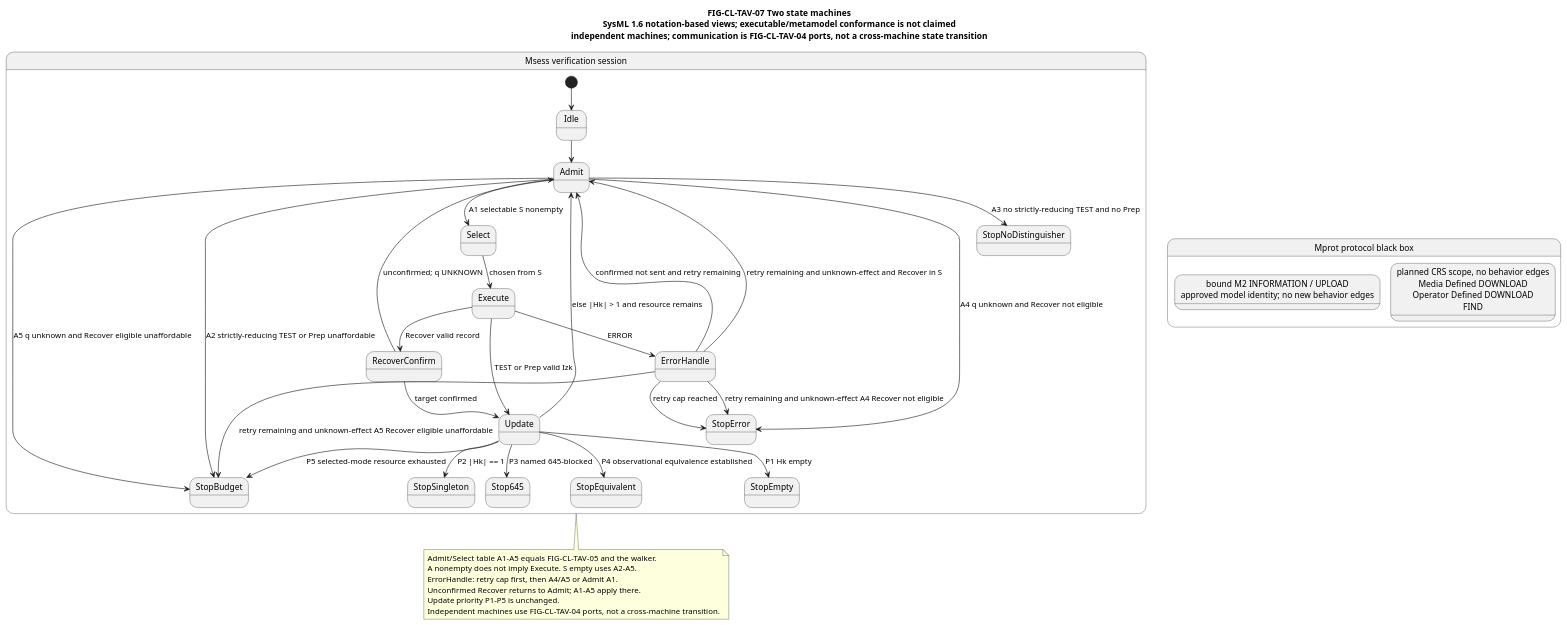
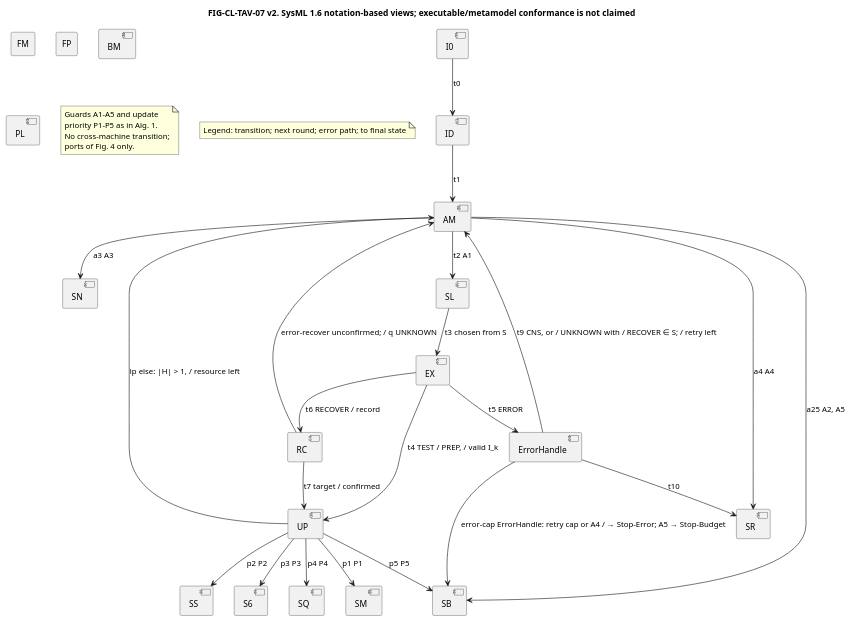
One commit to ZhangChi0727/arinc-615a-conformance changed the diagram in docs/research/publication/models/FIG-CL-TAV-07-two-state-machines.puml. Above: the diagram before and after it, drawn with PlantUML. The commit also changed 60 other files, not shown here.

First line of the commit message:
Install CL-TAV model-figure semantic revision v2 into candidates and the TAES draft.

```diff
--- a/docs/research/publication/models/FIG-CL-TAV-07-two-state-machines.puml
+++ b/docs/research/publication/models/FIG-CL-TAV-07-two-state-machines.puml
@@ -1,45 +1,76 @@
 @startuml FIG-CL-TAV-07
 skinparam shadowing false
-title FIG-CL-TAV-07 Two state machines\nSysML 1.6 notation-based views; executable/metamodel conformance is not claimed\nindependent machines; communication is FIG-CL-TAV-04 ports, not a cross-machine state transition
-
-state Msess as "Msess verification session" {
-  [*] --> Idle
-  Idle --> Admit
-  Admit --> Select : A1 selectable S nonempty
-  Admit --> StopBudget : A2 strictly-reducing TEST or Prep unaffordable
-  Admit --> StopNoDistinguisher : A3 no strictly-reducing TEST and no Prep
-  Admit --> StopError : A4 q unknown and Recover not eligible
-  Admit --> StopBudget : A5 q unknown and Recover eligible unaffordable
-  Select --> Execute : chosen from S
-  Execute --> Update : TEST or Prep valid Izk
-  Execute --> RecoverConfirm : Recover valid record
-  Execute --> ErrorHandle : ERROR
-  RecoverConfirm --> Update : target confirmed
-  RecoverConfirm --> Admit : unconfirmed; q UNKNOWN
-  ErrorHandle --> StopError : retry cap reached
-  ErrorHandle --> StopError : retry remaining and unknown-effect A4 Recover not eligible
-  ErrorHandle --> StopBudget : retry remaining and unknown-effect A5 Recover eligible unaffordable
-  ErrorHandle --> Admit : confirmed not sent and retry remaining
-  ErrorHandle --> Admit : retry remaining and unknown-effect and Recover in S
-  Update --> StopEmpty : P1 Hk empty
-  Update --> StopSingleton : P2 |Hk| == 1
-  Update --> Stop645 : P3 named 645-blocked
-  Update --> StopEquivalent : P4 observational equivalence established
-  Update --> StopBudget : P5 selected-mode resource exhausted
-  Update --> Admit : else |Hk| > 1 and resource remains
-}
-
-state Mprot as "Mprot protocol black box" {
-  state BoundM2 as "bound M2 INFORMATION / UPLOAD\napproved model identity; no new behavior edges"
-  state PlannedScope as "planned CRS scope, no behavior edges\nMedia Defined DOWNLOAD\nOperator Defined DOWNLOAD\nFIND"
-}
-
-note bottom of Msess
-  Admit/Select table A1-A5 equals FIG-CL-TAV-05 and the walker.
-  A nonempty does not imply Execute. S empty uses A2-A5.
-  ErrorHandle: retry cap first, then A4/A5 or Admit A1.
-  Unconfirmed Recover returns to Admit; A1-A5 apply there.
-  Update priority P1-P5 is unchanged.
-  Independent machines use FIG-CL-TAV-04 ports, not a cross-machine transition.
+title FIG-CL-TAV-07 v2. SysML 1.6 notation-based views; executable/metamodel conformance is not claimed
+' Approved figlib candidate v2 mapped to controlled ids. Not a proof of equivalence.
+' bound M2 is the approved model identity drawn as Bound M2.
+' Ports belong to FIG-CL-TAV-04.
+' retry remaining is drawn as retry left.
+rectangle FM
+' group FM: stm Msess
+rectangle FP
+' group FP: stm Mprot
+component SN
+' entity SN: Stop-NoDistinguisher
+component SR
+' entity SR: Stop-Error
+component SB
+' entity SB: Stop-Budget
+component SM
+' entity SM: Stop-Empty
+component SS
+' entity SS: Stop-Singleton
+component S6
+' entity S6: Stop-645
+component SQ
+' entity SQ: Stop-Equivalent
+component I0
+' entity I0: I0
+component ID
+' entity ID: Idle
+component AM
+' entity AM: Admit
+component SL
+' entity SL: Select
+component EX
+' entity EX: Execute
+component UP
+' entity UP: Update
+component ErrorHandle
+' entity ErrorHandle: ErrorHandle
+component RC
+' entity RC: RecoverConfirm
+component BM
+' entity BM: Bound M2 / INFORMATION / UPLOAD; / approved model identity; / no new behaviour edges
+component PL
+' entity PL: Planned CRS scope / Media-defined and / Operator-defined / DOWNLOAD, FIND; / no behaviour edges
+I0 --> ID : t0
+ID --> AM : t1
+AM --> SL : t2 A1
+SL --> EX : t3 chosen from S
+EX --> UP : t4 TEST / PREP, / valid I_k
+EX --> ErrorHandle : t5 ERROR
+EX --> RC : t6 RECOVER / record
+RC --> UP : t7 target / confirmed
+RC --> AM : error-recover unconfirmed; / q UNKNOWN
+ErrorHandle --> AM : t9 CNS, or / UNKNOWN with / RECOVER ∈ S; / retry left
+ErrorHandle --> SR : t10
+ErrorHandle --> SB : error-cap ErrorHandle: retry cap or A4 / → Stop-Error;  A5 → Stop-Budget
+AM --> SN : a3 A3
+AM --> SR : a4 A4
+AM --> SB : a25 A2, A5
+UP --> SB : p5 P5
+UP --> SM : p1 P1
+UP --> SS : p2 P2
+UP --> S6 : p3 P3
+UP --> SQ : p4 P4
+UP --> AM : lp else: |H| > 1, / resource left
+note as GT
+  Guards A1–A5 and update
+  priority P1–P5 as in Alg. 1.
+  No cross-machine transition;
+  ports of Fig. 4 only.
+end note
+note as legend
+  Legend: transition; next round; error path; to final state
 end note
 @enduml
```
